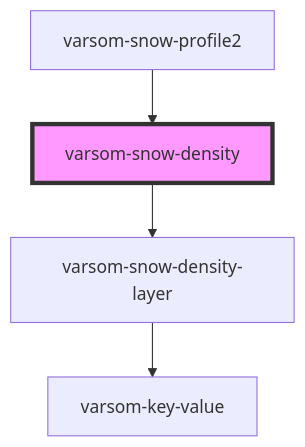
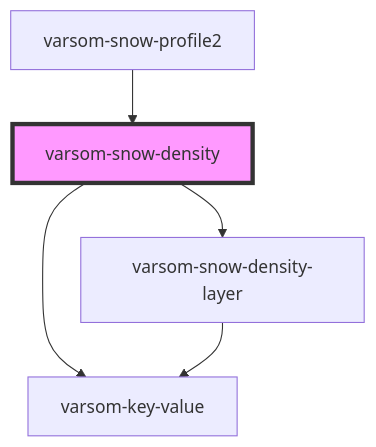
One commit to NVE/varsom-observation changed the diagram in observasjonskort/src/components/varsom-snow-density/readme.md. Above: the diagram before and after it, drawn with Mermaid. The commit also changed other lines of this file and 5 other files, not shown here.

Commit message:
updated snow density component

````diff
--- a/observasjonskort/src/components/varsom-snow-density/readme.md
+++ b/observasjonskort/src/components/varsom-snow-density/readme.md
@@ -30,7 +31,8 @@
 ```mermaid
 graph TD;
+  varsom-snow-density --> varsom-key-value
   varsom-snow-density --> varsom-snow-density-layer
   varsom-snow-density-layer --> varsom-key-value
   varsom-snow-profile2 --> varsom-snow-density
   style varsom-snow-density fill:#f9f,stroke:#333,stroke-width:4px
 ```
````
